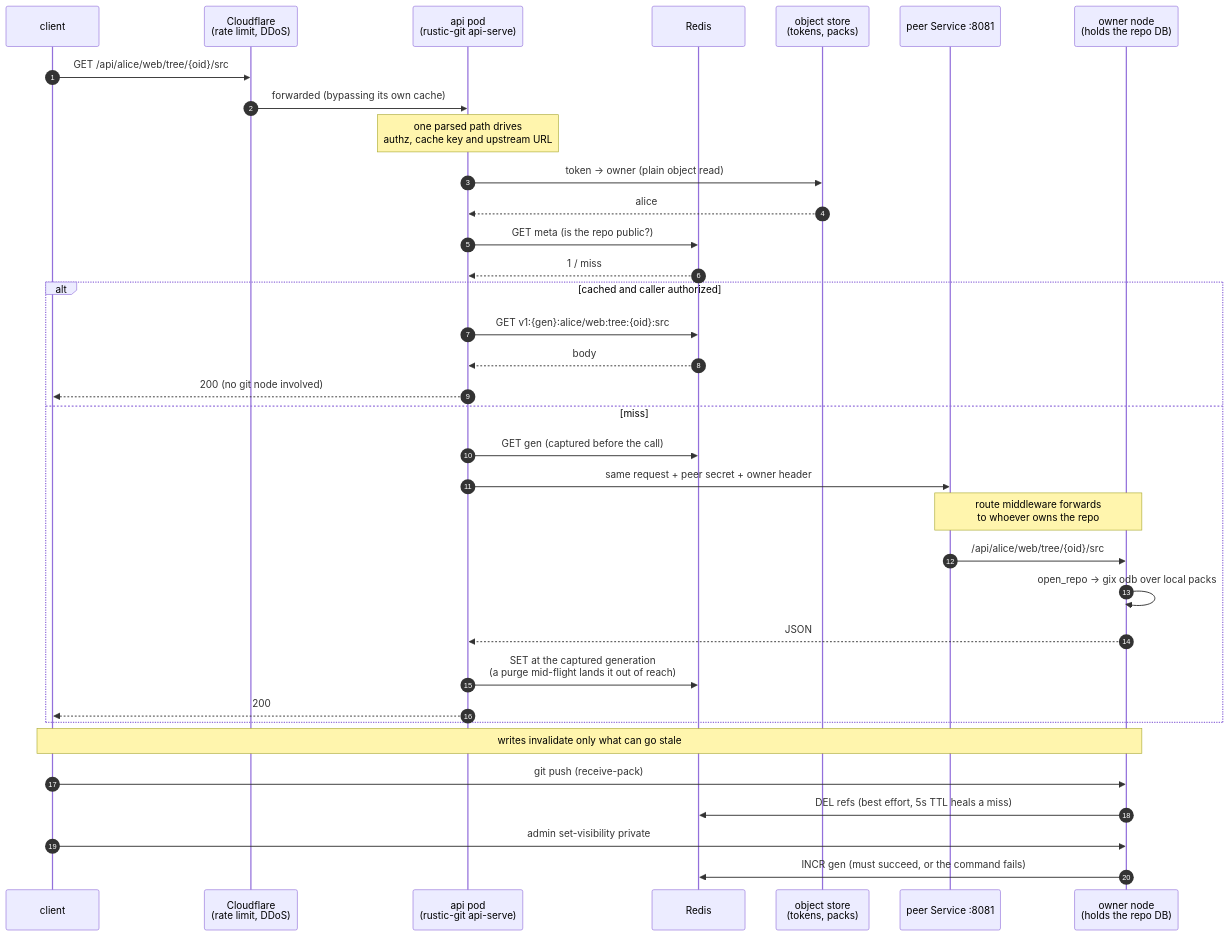
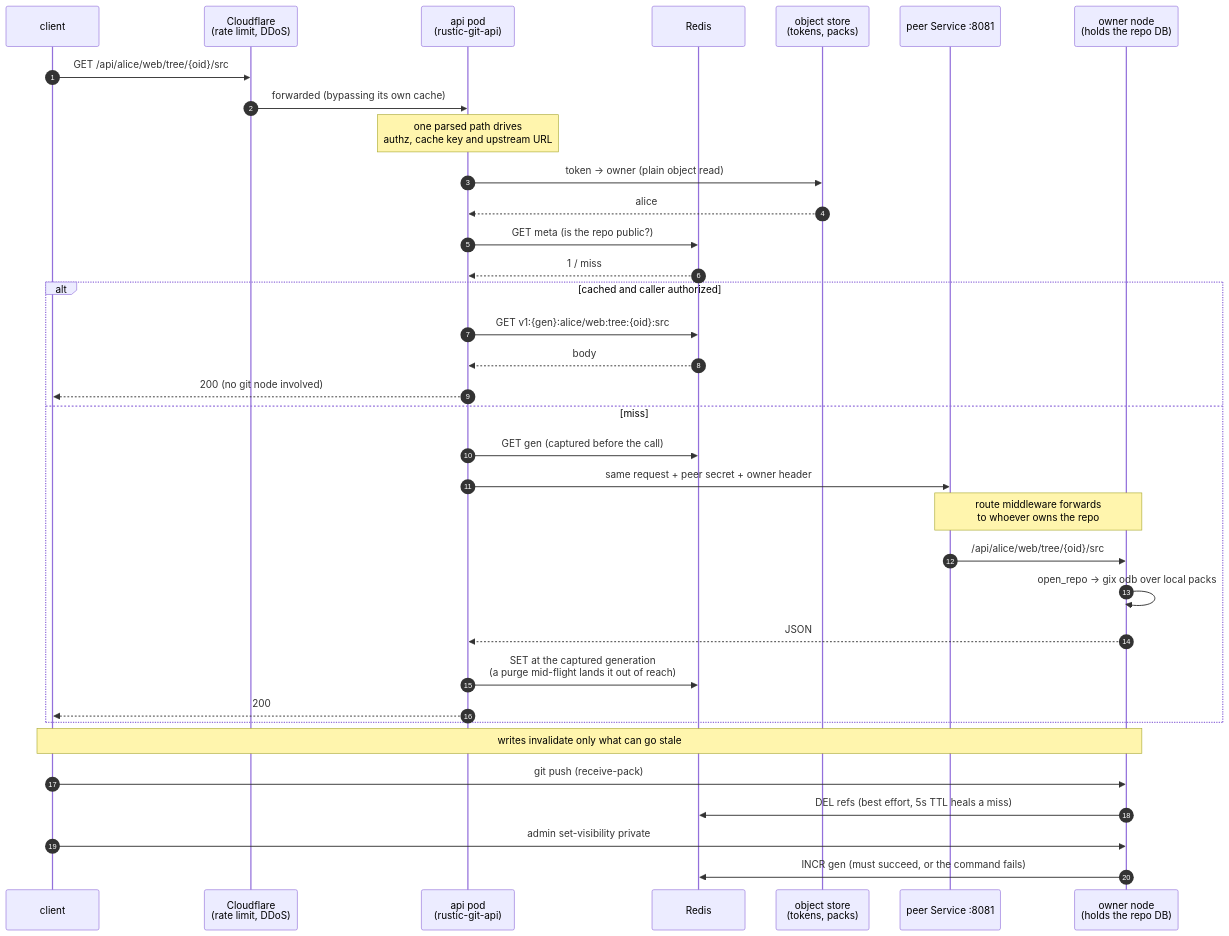
The diagram in README.md (kloudlite/rustic-git), drawn with Mermaid before and after one commit. The commit also changed other lines of this file and 7 other files, not shown here.

````diff
--- a/README.md
+++ b/README.md
@@ -242,41 +249,41 @@
 ```mermaid
 sequenceDiagram
     autonumber
     participant C as client
     participant CF as Cloudflare<br/>(rate limit, DDoS)
-    participant A as api pod<br/>(rustic-git api-serve)
+    participant A as api pod<br/>(rustic-git-api)
     participant R as Redis
     participant S as object store<br/>(tokens, packs)
     participant P as peer Service :8081
     participant O as owner node<br/>(holds the repo DB)
 
     C->>CF: GET /api/alice/web/tree/{oid}/src
     CF->>A: forwarded (bypassing its own cache)
 
     Note over A: one parsed path drives<br/>authz, cache key and upstream URL
     A->>S: token -> owner (plain object read)
     S-->>A: alice
     A->>R: GET meta (is the repo public?)
     R-->>A: 1 / miss
 
     alt cached and caller authorized
         A->>R: GET v1:{gen}:alice/web:tree:{oid}:src
         R-->>A: body
         A-->>C: 200 (no git node involved)
     else miss
         A->>R: GET gen (captured before the call)
         A->>P: same request + peer secret + owner header
         Note over P,O: route middleware forwards<br/>to whoever owns the repo
         P->>O: /api/alice/web/tree/{oid}/src
         O->>O: open_repo -> gix odb over local packs
         O-->>A: JSON
         A->>R: SET at the captured generation<br/>(a purge mid-flight lands it out of reach)
         A-->>C: 200
     end
 
     Note over C,O: writes invalidate only what can go stale
     C->>O: git push (receive-pack)
     O->>R: DEL refs (best effort, 5s TTL heals a miss)
     C->>O: admin set-visibility private
     O->>R: INCR gen (must succeed, or the command fails)
 ```
````
